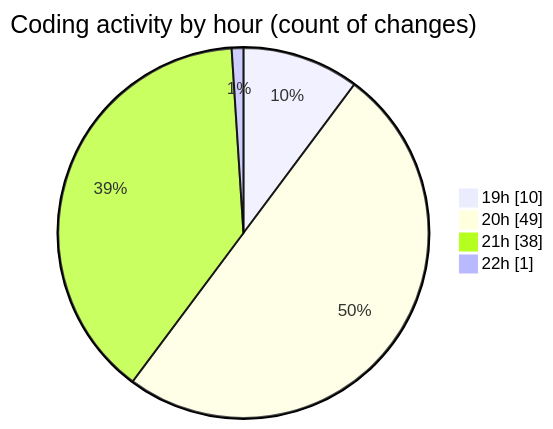
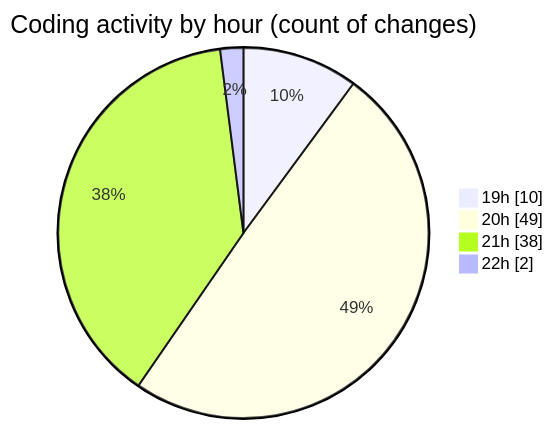
One commit to charlie-sans/code-tracking changed the second of 2 diagrams in 2025-01-28/trollerboard/README.md. Above: the diagram before and after it, drawn with Mermaid. The commit also changed other lines of this file and 1 other file, not shown here.

````diff
--- a/2025-01-28/trollerboard/README.md
+++ b/2025-01-28/trollerboard/README.md
@@ -43,8 +43,8 @@
 ```mermaid
 pie showData
 title Coding activity by hour (count of changes)
 "19h" : 10
 "20h" : 49
 "21h" : 38
-"22h" : 1
+"22h" : 2
 ```
````
